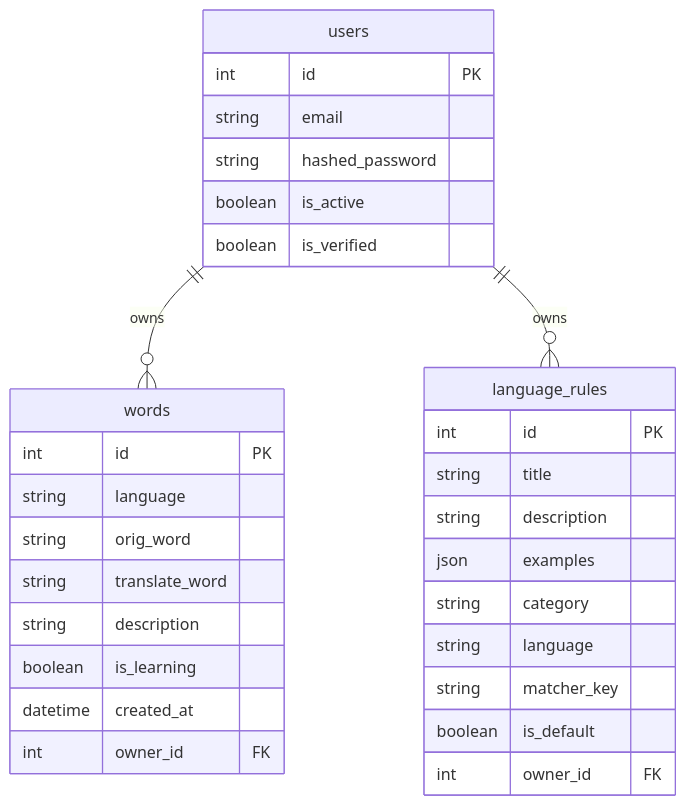
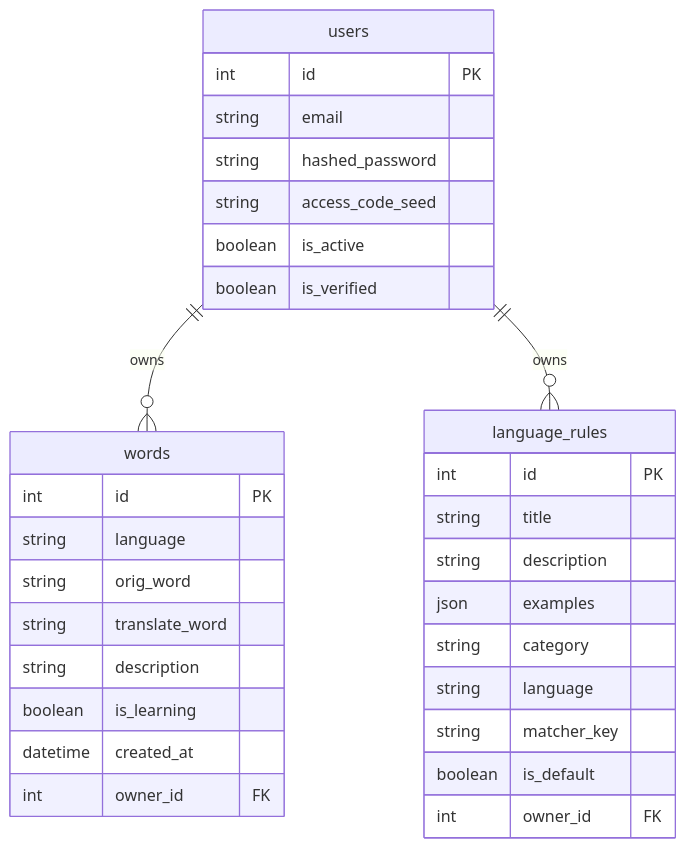
One commit to fluffybone/myDictionary changed the second of 2 diagrams in backend/DB_SCHEMA.md. Above: the diagram before and after it, drawn with Mermaid. The commit also changed other lines of this file and 33 other files, not shown here.

````diff
--- a/backend/DB_SCHEMA.md
+++ b/backend/DB_SCHEMA.md
@@ -55,36 +56,37 @@
 ```mermaid
 erDiagram
     users ||--o{ words : owns
     users ||--o{ language_rules : owns
 
     users {
         int id PK
         string email
         string hashed_password
+        string access_code_seed
         boolean is_active
         boolean is_verified
     }
 
     words {
         int id PK
         string language
         string orig_word
         string translate_word
         string description
         boolean is_learning
         datetime created_at
         int owner_id FK
     }
 
     language_rules {
         int id PK
         string title
         string description
         json examples
         string category
         string language
         string matcher_key
         boolean is_default
         int owner_id FK
     }
 ```
````
